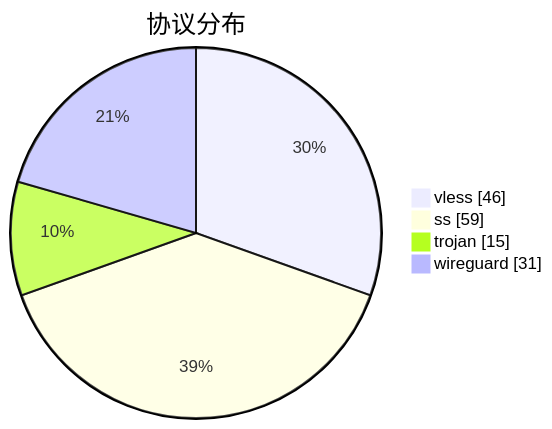
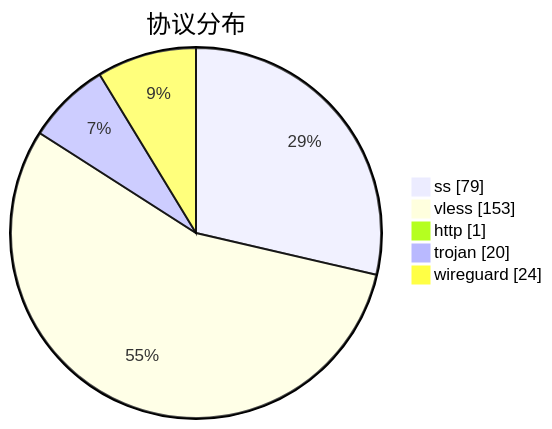
Before and after one commit to qjlxg/airport: the third of 3 diagrams in subs/statistics/tested_within.md, drawn with Mermaid. The commit also changed other lines of this file and 2 other files, not shown here.

````diff
--- a/subs/statistics/tested_within.md
+++ b/subs/statistics/tested_within.md
@@ -33,8 +29,9 @@
 ```mermaid
 pie showData
 title 协议分布
-"vless" : 46
-"ss" : 59
-"trojan" : 15
-"wireguard" : 31
+"ss" : 79
+"vless" : 153
+"http" : 1
+"trojan" : 20
+"wireguard" : 24
 ```
````
